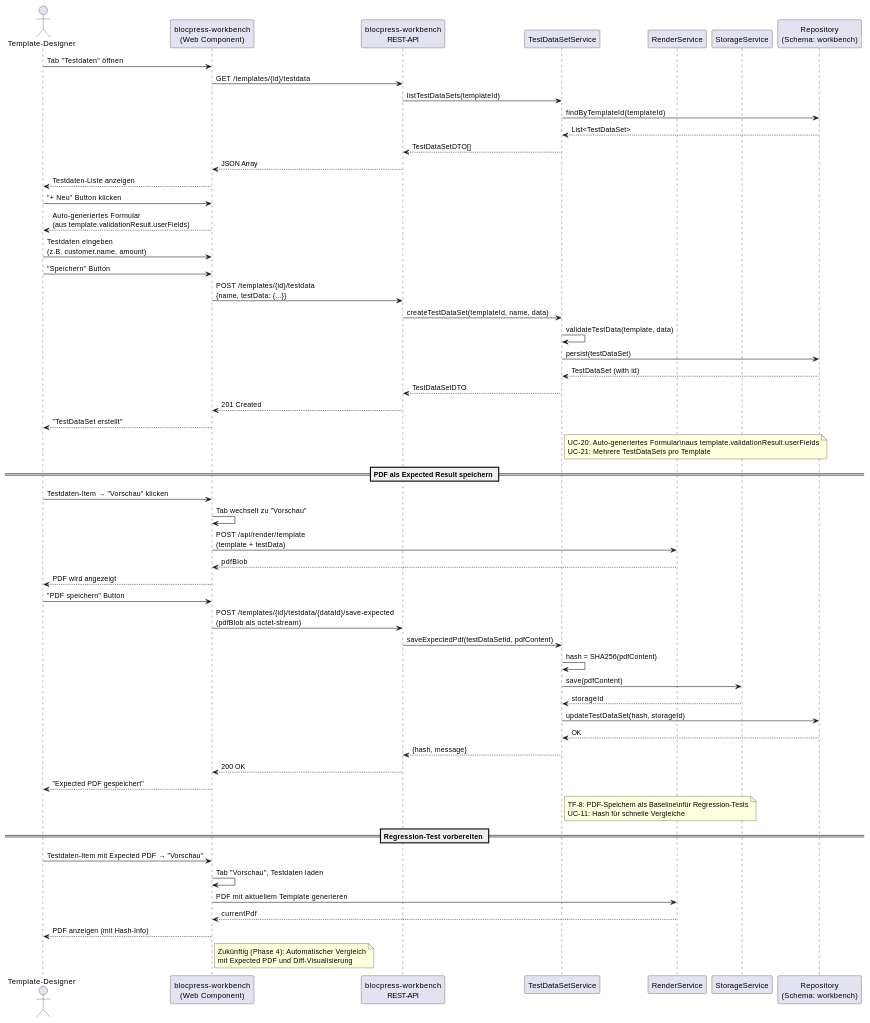
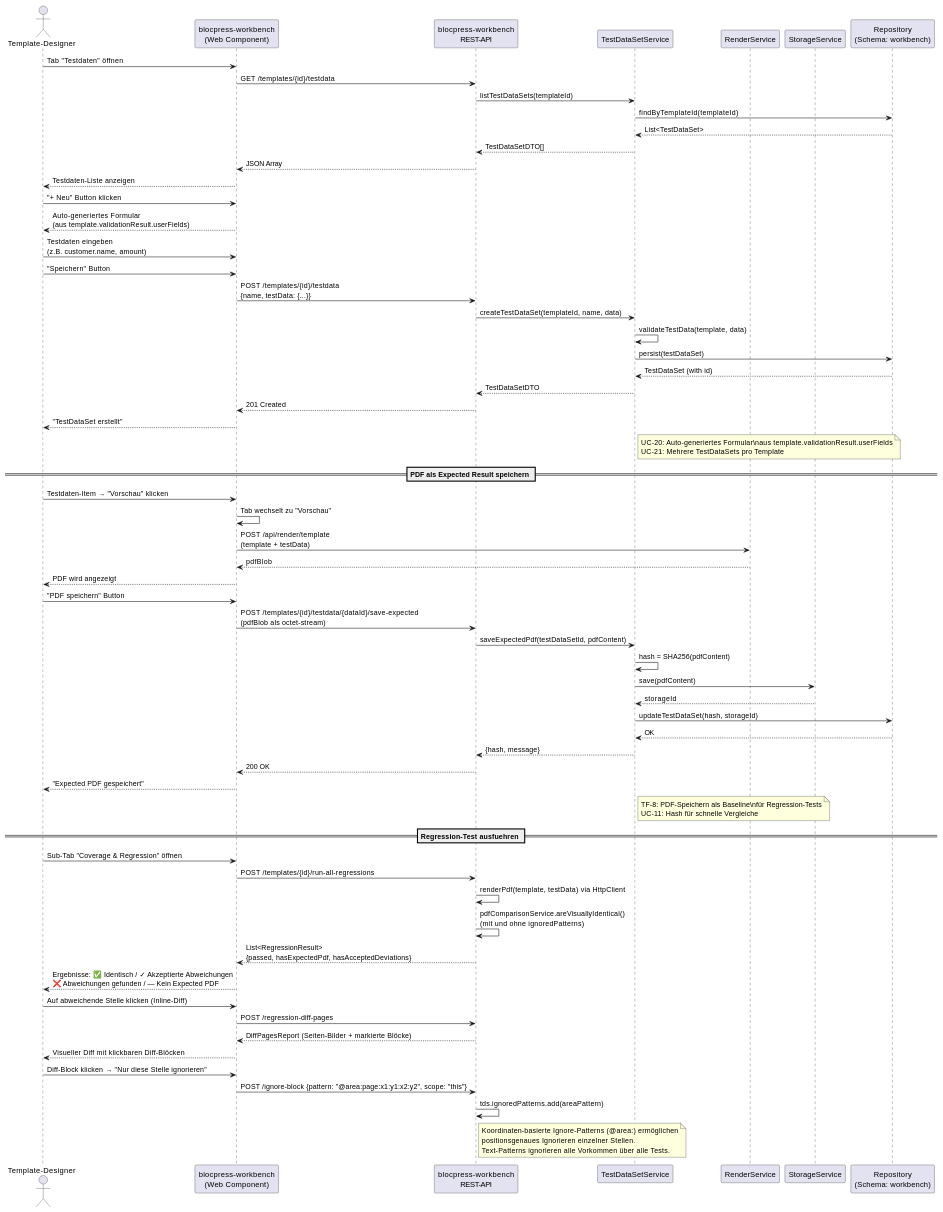
One commit to flaechsig/blocpress changed the eighth of 20 diagrams in docs/specification/arc42.adoc. Above: the diagram before and after it, drawn with PlantUML. The commit also changed other lines of this file and 42 other files, not shown here.

```diff
--- a/docs/specification/arc42.adoc
+++ b/docs/specification/arc42.adoc
@@ -920,17 +888,28 @@
   UC-11: Hash für schnelle Vergleiche
 end note
 
-== Regression-Test vorbereiten ==
+== Regression-Test ausfuehren ==
 
-User -> WC : Testdaten-Item mit Expected PDF → "Vorschau"
-WC -> WC : Tab "Vorschau", Testdaten laden
-WC -> Render : PDF mit aktuellem Template generieren
-Render --> WC : currentPdf
-WC --> User : PDF anzeigen (mit Hash-Info)
+User -> WC : Sub-Tab "Coverage & Regression" öffnen
+WC -> API : POST /templates/{id}/run-all-regressions
+API -> API : renderPdf(template, testData) via HttpClient
+API -> API : pdfComparisonService.areVisuallyIdentical()\n(mit und ohne ignoredPatterns)
+API --> WC : List<RegressionResult>\n{passed, hasExpectedPdf, hasAcceptedDeviations}
+WC --> User : Ergebnisse: ✅ Identisch / ✓ Akzeptierte Abweichungen\n❌ Abweichungen gefunden / — Kein Expected PDF
 
-note right of WC
-  Zukünftig (Phase 4): Automatischer Vergleich
-  mit Expected PDF und Diff-Visualisierung
+User -> WC : Auf abweichende Stelle klicken (Inline-Diff)
+WC -> API : POST /regression-diff-pages
+API --> WC : DiffPagesReport (Seiten-Bilder + markierte Blöcke)
+WC --> User : Visueller Diff mit klickbaren Diff-Blöcken
+
+User -> WC : Diff-Block klicken → "Nur diese Stelle ignorieren"
+WC -> API : POST /ignore-block {pattern: "@area:page:x1:y1:x2:y2", scope: "this"}
+API -> API : tds.ignoredPatterns.add(areaPattern)
+
+note right of API
+  Koordinaten-basierte Ignore-Patterns (@area:) ermöglichen
+  positionsgenaues Ignorieren einzelner Stellen.
+  Text-Patterns ignorieren alle Vorkommen über alle Tests.
 end note
 
 @enduml
```
